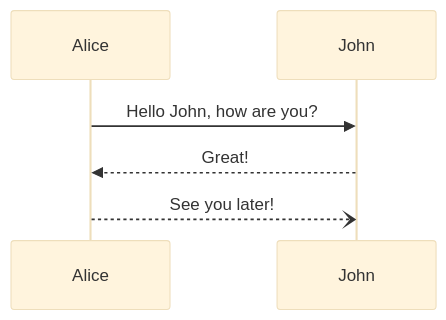
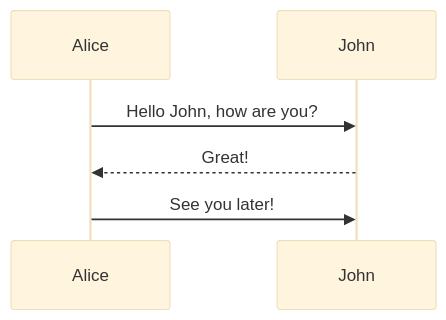
The first of 14 diagrams in docs/sequenceDiagram.md (mermaid-js/mermaid), drawn with Mermaid (base theme) before and after one commit.

Commit message:
Update sequenceDiagram.md
Fix syntax error in example for sequence diagram

````diff
--- a/docs/sequenceDiagram.md
+++ b/docs/sequenceDiagram.md
@@ -15,6 +15,6 @@
 ```mermaid
 sequenceDiagram
     Alice->>John: Hello John, how are you?
     John-->>Alice: Great!
-    Alice--)John: See you later!
+    Alice->>John: See you later!
 ```
````
